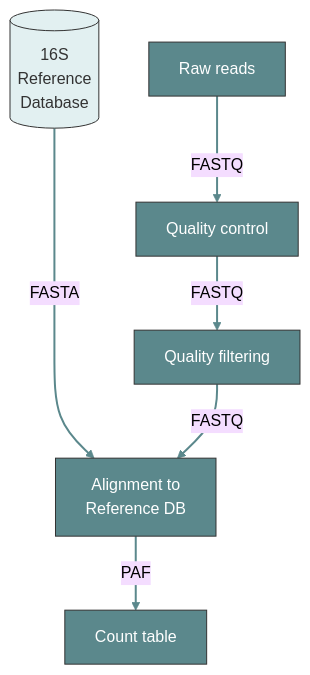
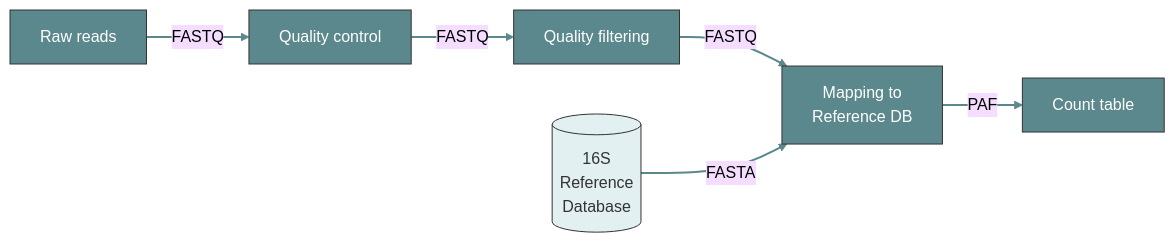
One commit to ndombrowski/MicEco2025 changed the diagram in slides/day01.qmd. Above: the diagram before and after it, drawn with Mermaid (base theme). The commit also changed other lines of this file and 6 other files, not shown here.

````diff
--- a/slides/day01.qmd
+++ b/slides/day01.qmd
@@ -77,21 +81,21 @@
 ```{mermaid}
-flowchart TB
+flowchart LR
     classDef greenfill fill:#5B888C,stroke:#333,stroke-width:1,color:#fff;
     classDef dbfill fill:#E2F0F1,stroke:#333,stroke-width:1,color:#333;
-
-    %% Reference database node
-    DB[(16S <br> Reference  <br> Database)] ---->|FASTA| D  
 
     %% Workflow boxes
     A[Raw reads] -->|FASTQ| B[Quality control]
     B -->|FASTQ| C[Quality filtering]
-    C -->|FASTQ| D[Alignment to <br> Reference DB]
+    C -->|FASTQ| D[Mapping to <br> Reference DB]
     D -->|PAF| E[Count table]
+
+    %% Reference database node
+    DB[(16S <br> Reference  <br> Database)] -->|FASTA| D  
 
     %% Assign classes after nodes exist
     class A,B,C,D,E greenfill
     class DB dbfill
 
     %% Arrow styles (index starts at 0 for first arrow)
     linkStyle 0,1,2,3,4 stroke:#5B888C,stroke-width:2,color:#000, fill: none
 ```
````
